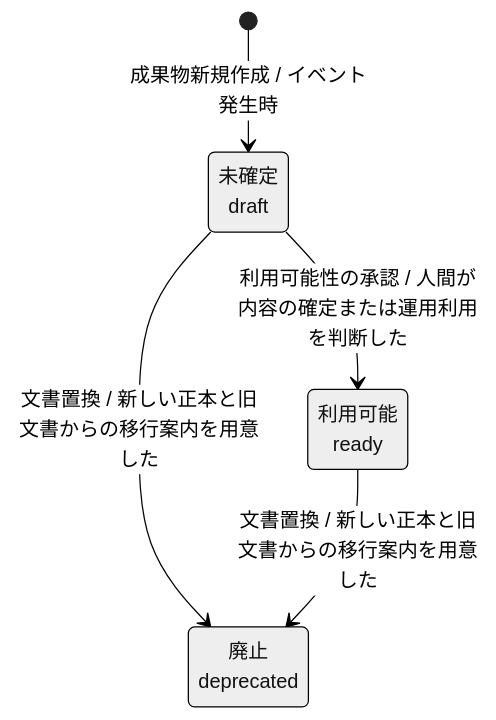
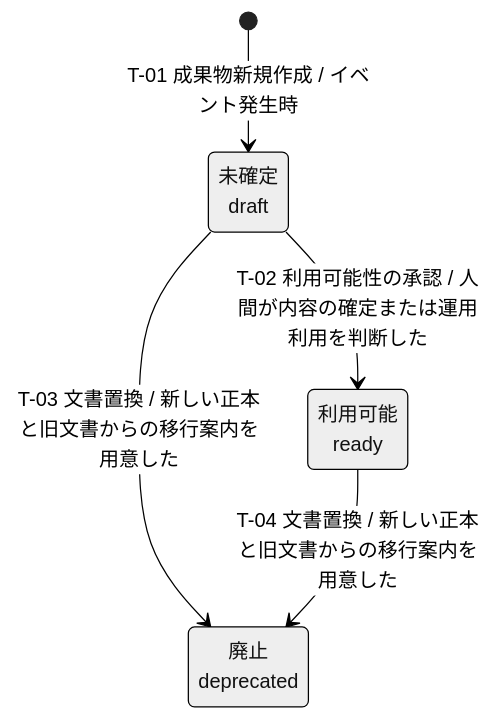
One commit to specdojo/specdojo changed the diagram in docs/ja/product/010-business-specs/020-data-model/stsd-deliverable.md. Above: the diagram before and after it, drawn with Mermaid (neutral theme). The commit also changed other lines of this file and 5 other files, not shown here.

````diff
--- a/docs/ja/product/010-business-specs/020-data-model/stsd-deliverable.md
+++ b/docs/ja/product/010-business-specs/020-data-model/stsd-deliverable.md
@@ -40,10 +47,10 @@
 ```mermaid
 stateDiagram-v2
   state "未確定<br>draft" as draft
   state "利用可能<br>ready" as ready
   state "廃止<br>deprecated" as deprecated
-  [*] --> draft : 成果物新規作成 / イベント発生時
-  draft --> ready : 利用可能性の承認 / 人間が内容の確定または運用利用を判断した
-  draft --> deprecated : 文書置換 / 新しい正本と旧文書からの移行案内を用意した
-  ready --> deprecated : 文書置換 / 新しい正本と旧文書からの移行案内を用意した
+  [*] --> draft : T-01 成果物新規作成 / イベント発生時
+  draft --> ready : T-02 利用可能性の承認 / 人間が内容の確定または運用利用を判断した
+  draft --> deprecated : T-03 文書置換 / 新しい正本と旧文書からの移行案内を用意した
+  ready --> deprecated : T-04 文書置換 / 新しい正本と旧文書からの移行案内を用意した
 ```
````
